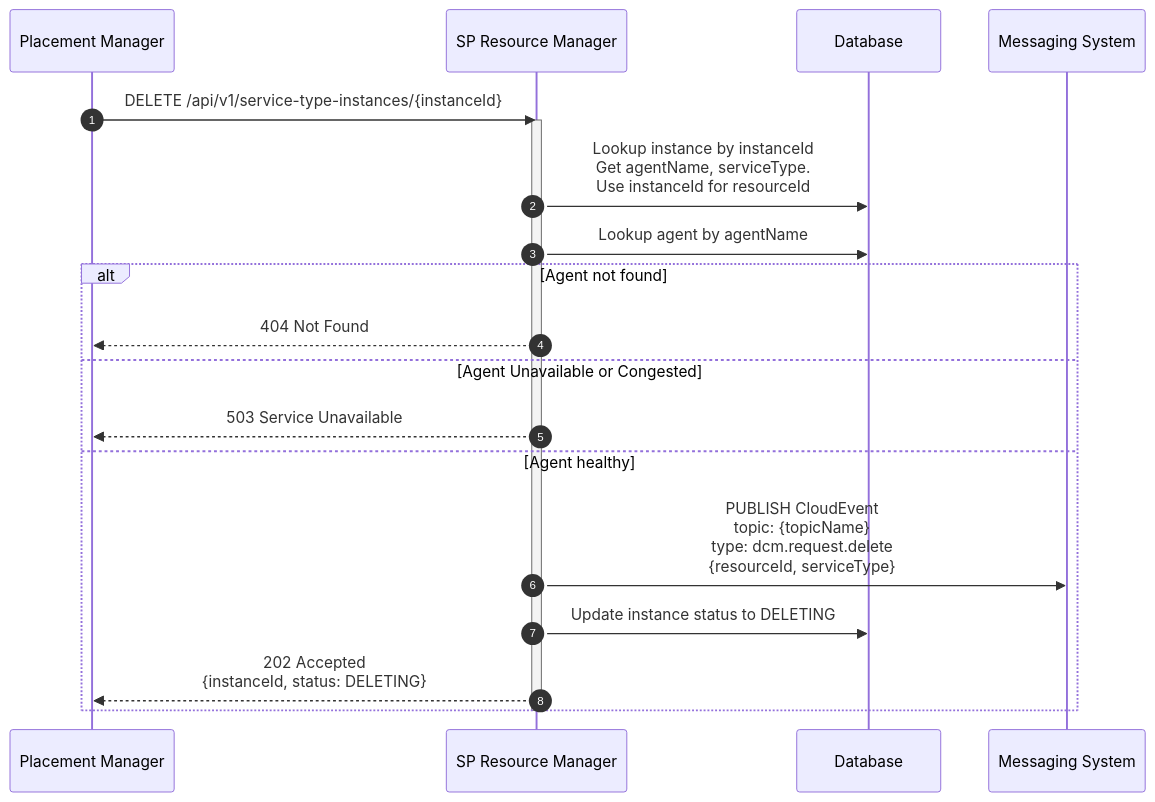
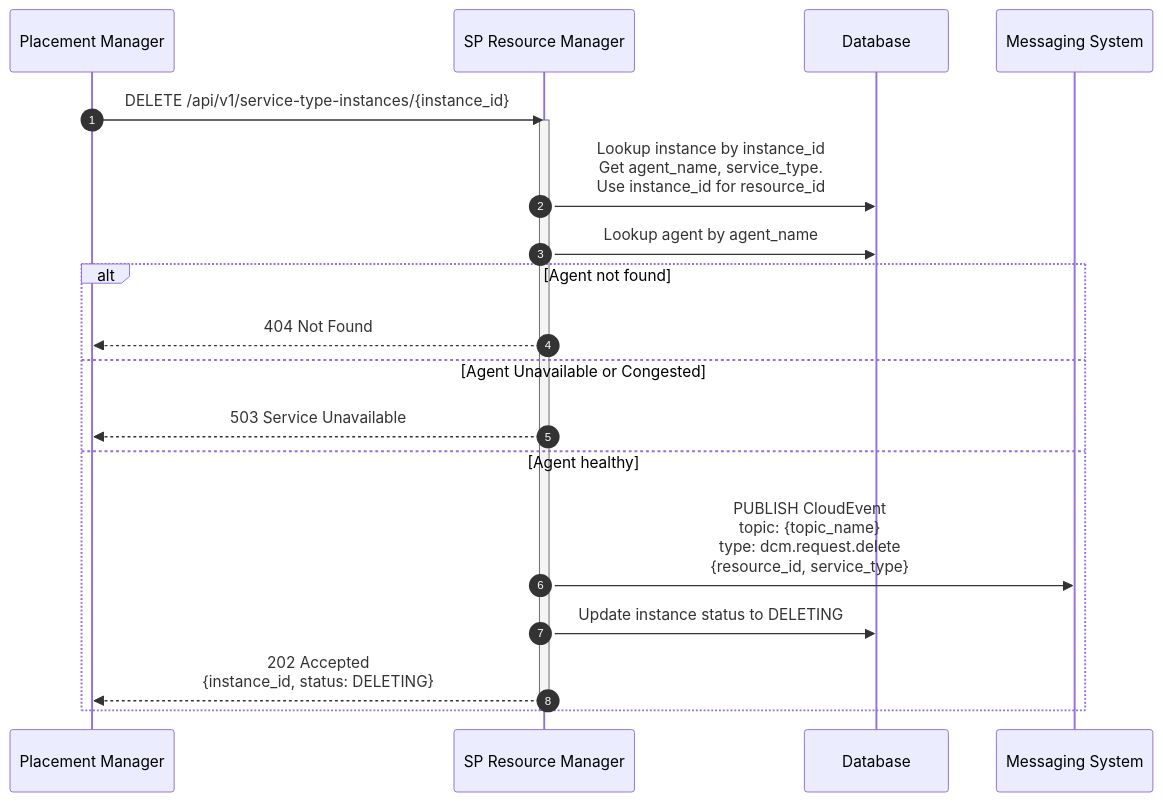
Before and after one commit to dcm-project/enhancements: the second of 3 diagrams in enhancements/sp-resource-manager/sp-resource-manager.md, drawn with Mermaid. The commit also changed other lines of this file and 19 other files, not shown here.

````diff
--- a/enhancements/sp-resource-manager/sp-resource-manager.md
+++ b/enhancements/sp-resource-manager/sp-resource-manager.md
@@ -288,26 +289,26 @@
 ```mermaid
 sequenceDiagram
     autonumber
     participant PS as Placement Manager
     participant SPRM as SP Resource Manager
     participant DB as Database
     participant MS as Messaging System
 
-    PS->>SPRM: DELETE /api/v1/service-type-instances/{instanceId}
+    PS->>SPRM: DELETE /api/v1/service-type-instances/{instance_id}
     activate SPRM
 
-    SPRM->>DB: Lookup instance by instanceId<br/>Get agentName, serviceType.<br/>Use instanceId for resourceId
+    SPRM->>DB: Lookup instance by instance_id<br/>Get agent_name, service_type.<br/>Use instance_id for resource_id
 
-    SPRM->>DB: Lookup agent by agentName
+    SPRM->>DB: Lookup agent by agent_name
     alt Agent not found
         SPRM-->>PS: 404 Not Found
     else Agent Unavailable or Congested
         SPRM-->>PS: 503 Service Unavailable
     else Agent healthy
-        SPRM->>MS: PUBLISH CloudEvent<br/>topic: {topicName}<br/>type: dcm.request.delete<br/>{resourceId, serviceType}
+        SPRM->>MS: PUBLISH CloudEvent<br/>topic: {topic_name}<br/>type: dcm.request.delete<br/>{resource_id, service_type}
 
         SPRM->>DB: Update instance status to DELETING
-        SPRM-->>PS: 202 Accepted<br/>{instanceId, status: DELETING}
+        SPRM-->>PS: 202 Accepted<br/>{instance_id, status: DELETING}
     end
     deactivate SPRM
 ```
````
